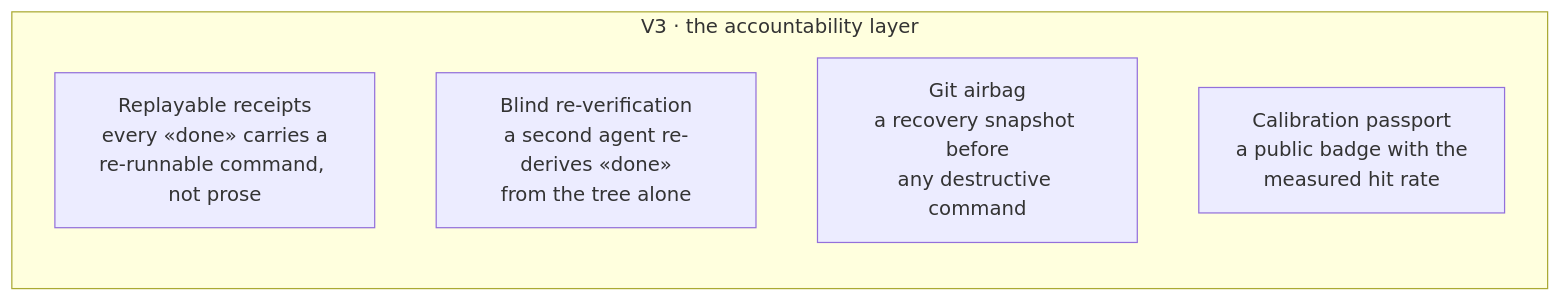
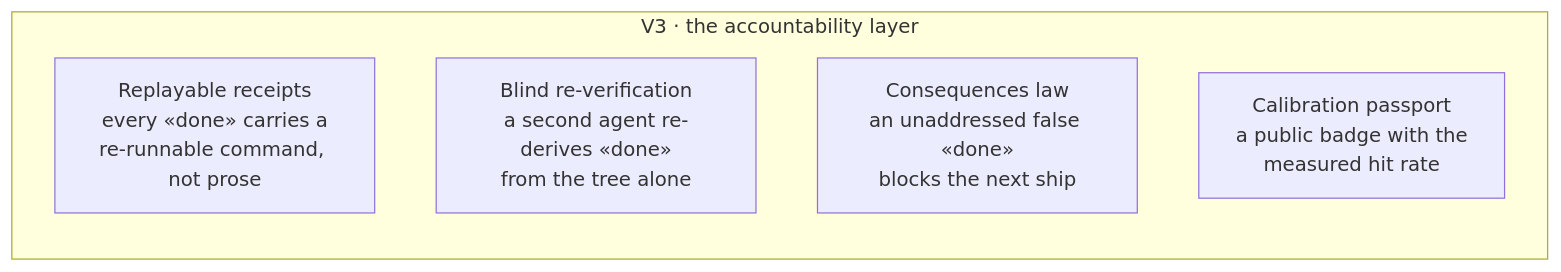
One commit to sma-framework/sma changed the seventh of 7 diagrams in README.md. Above: the diagram before and after it, drawn with Mermaid. The commit also changed other lines of this file and 1 other file, not shown here.

First line of the commit message:
docs(49.2): demote the git airbag out of the V3 headline (gap F, D-49.2-05)

````diff
--- a/README.md
+++ b/README.md
@@ -417,9 +417,9 @@
 ```mermaid
 flowchart LR
     subgraph V3["V3 · the accountability layer"]
         R["Replayable receipts<br>every «done» carries a<br>re-runnable command, not prose"]
         B["Blind re-verification<br>a second agent re-derives «done»<br>from the tree alone"]
-        G["Git airbag<br>a recovery snapshot before<br>any destructive command"]
+        C["Consequences law<br>an unaddressed false «done»<br>blocks the next ship"]
         P["Calibration passport<br>a public badge with the<br>measured hit rate"]
     end
 ```
````
